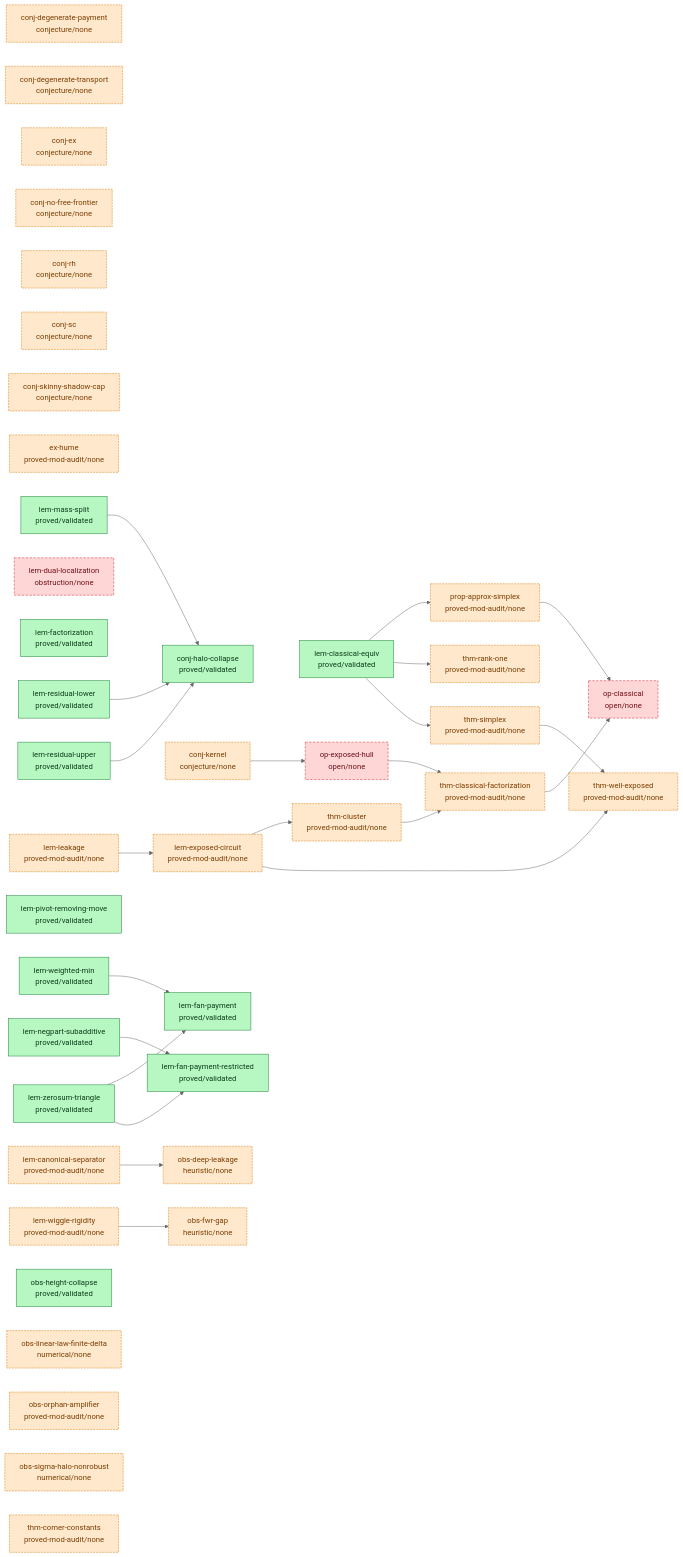
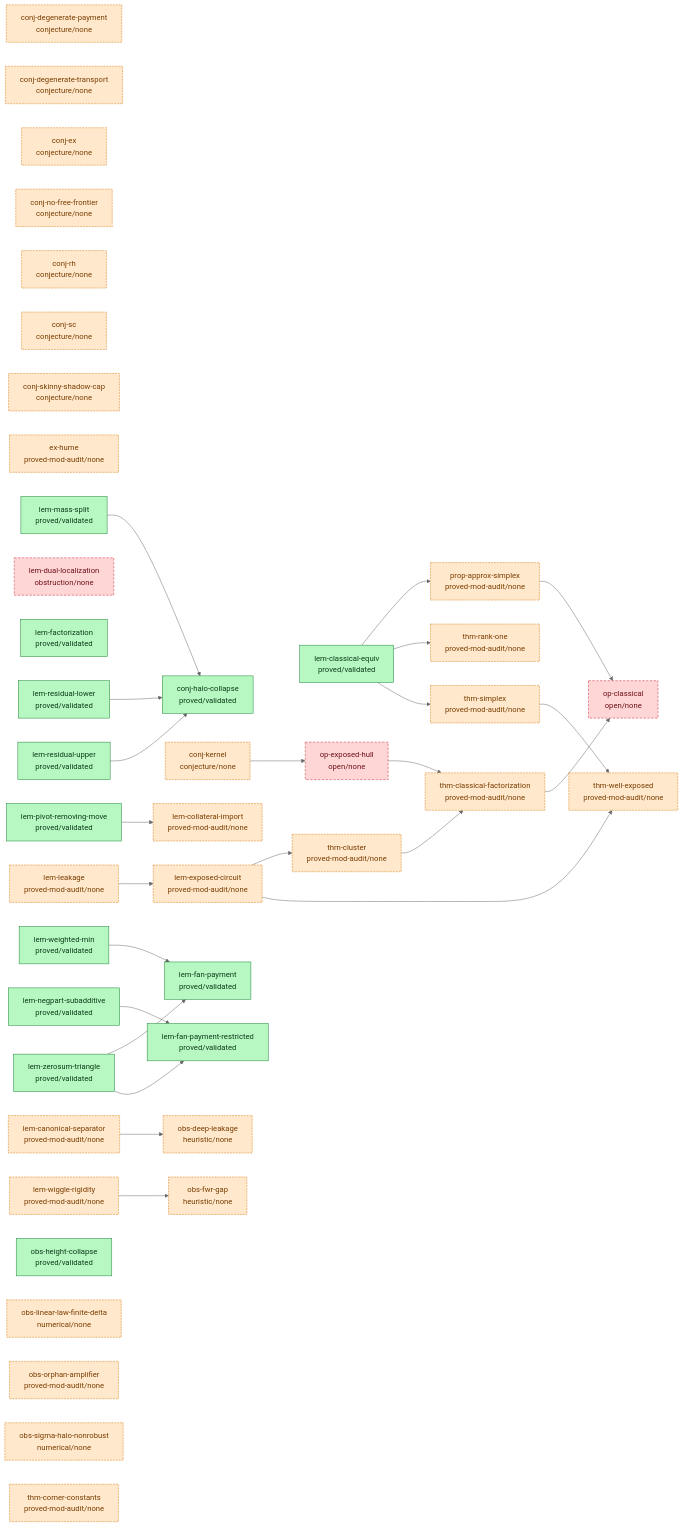
One commit to tobiasosborne/almost-idempotent-stochastic-maps changed the diagram in argument/DAG.md. Above: the diagram before and after it, drawn with Mermaid (neutral theme). The commit also changed other lines of this file and 5 other files, not shown here.

````diff
--- a/argument/DAG.md
+++ b/argument/DAG.md
@@ -6,75 +6,77 @@
 ```mermaid
 graph LR
   classDef validated fill:#b7f7c2,stroke:#1a7f37,color:#0b3d18;
   classDef proved fill:#cfe3ff,stroke:#0969da,color:#0a3069;
   classDef seeded fill:#fff3c4,stroke:#bf8700,color:#5a4500;
   classDef stated fill:#eaecef,stroke:#8b949e,color:#24292f;
   classDef cited fill:#e7d6ff,stroke:#8250df,color:#3b1a73;
   classDef nonrigorous fill:#ffe8cc,stroke:#d97706,color:#7a3d00,stroke-dasharray:4 2;
   classDef open fill:#ffd6d6,stroke:#cf222e,color:#6e1119,stroke-dasharray:5 3;
   conj-degenerate-payment["conj-degenerate-payment<br/>conjecture/none"]
   conj-degenerate-transport["conj-degenerate-transport<br/>conjecture/none"]
   conj-ex["conj-ex<br/>conjecture/none"]
   conj-halo-collapse["conj-halo-collapse<br/>proved/validated"]
   conj-kernel["conj-kernel<br/>conjecture/none"]
   conj-no-free-frontier["conj-no-free-frontier<br/>conjecture/none"]
   conj-rh["conj-rh<br/>conjecture/none"]
   conj-sc["conj-sc<br/>conjecture/none"]
   conj-skinny-shadow-cap["conj-skinny-shadow-cap<br/>conjecture/none"]
   ex-hume["ex-hume<br/>proved-mod-audit/none"]
   lem-canonical-separator["lem-canonical-separator<br/>proved-mod-audit/none"]
   lem-classical-equiv["lem-classical-equiv<br/>proved/validated"]
+  lem-collateral-import["lem-collateral-import<br/>proved-mod-audit/none"]
   lem-dual-localization["lem-dual-localization<br/>obstruction/none"]
   lem-exposed-circuit["lem-exposed-circuit<br/>proved-mod-audit/none"]
   lem-factorization["lem-factorization<br/>proved/validated"]
   lem-fan-payment["lem-fan-payment<br/>proved/validated"]
   lem-fan-payment-restricted["lem-fan-payment-restricted<br/>proved/validated"]
   lem-leakage["lem-leakage<br/>proved-mod-audit/none"]
   lem-mass-split["lem-mass-split<br/>proved/validated"]
   lem-negpart-subadditive["lem-negpart-subadditive<br/>proved/validated"]
   lem-pivot-removing-move["lem-pivot-removing-move<br/>proved/validated"]
   lem-residual-lower["lem-residual-lower<br/>proved/validated"]
   lem-residual-upper["lem-residual-upper<br/>proved/validated"]
   lem-weighted-min["lem-weighted-min<br/>proved/validated"]
   lem-wiggle-rigidity["lem-wiggle-rigidity<br/>proved-mod-audit/none"]
   lem-zerosum-triangle["lem-zerosum-triangle<br/>proved/validated"]
   obs-deep-leakage["obs-deep-leakage<br/>heuristic/none"]
   obs-fwr-gap["obs-fwr-gap<br/>heuristic/none"]
   obs-height-collapse["obs-height-collapse<br/>proved/validated"]
   obs-linear-law-finite-delta["obs-linear-law-finite-delta<br/>numerical/none"]
   obs-orphan-amplifier["obs-orphan-amplifier<br/>proved-mod-audit/none"]
   obs-sigma-halo-nonrobust["obs-sigma-halo-nonrobust<br/>numerical/none"]
   op-classical["op-classical<br/>open/none"]
   op-exposed-hull["op-exposed-hull<br/>open/none"]
   prop-approx-simplex["prop-approx-simplex<br/>proved-mod-audit/none"]
   thm-classical-factorization["thm-classical-factorization<br/>proved-mod-audit/none"]
   thm-cluster["thm-cluster<br/>proved-mod-audit/none"]
   thm-corner-constants["thm-corner-constants<br/>proved-mod-audit/none"]
   thm-rank-one["thm-rank-one<br/>proved-mod-audit/none"]
   thm-simplex["thm-simplex<br/>proved-mod-audit/none"]
   thm-well-exposed["thm-well-exposed<br/>proved-mod-audit/none"]
   conj-kernel --> op-exposed-hull
   lem-canonical-separator --> obs-deep-leakage
   lem-classical-equiv --> prop-approx-simplex
   lem-classical-equiv --> thm-rank-one
   lem-classical-equiv --> thm-simplex
   lem-exposed-circuit --> thm-cluster
   lem-exposed-circuit --> thm-well-exposed
   lem-leakage --> lem-exposed-circuit
   lem-mass-split --> conj-halo-collapse
   lem-negpart-subadditive --> lem-fan-payment-restricted
+  lem-pivot-removing-move --> lem-collateral-import
   lem-residual-lower --> conj-halo-collapse
   lem-residual-upper --> conj-halo-collapse
   lem-weighted-min --> lem-fan-payment
   lem-wiggle-rigidity --> obs-fwr-gap
   lem-zerosum-triangle --> lem-fan-payment
   lem-zerosum-triangle --> lem-fan-payment-restricted
   op-exposed-hull --> thm-classical-factorization
   prop-approx-simplex --> op-classical
   thm-classical-factorization --> op-classical
   thm-cluster --> thm-classical-factorization
   thm-simplex --> thm-well-exposed
   class conj-halo-collapse,lem-classical-equiv,lem-factorization,lem-fan-payment,lem-fan-payment-restricted,lem-mass-split,lem-negpart-subadditive,lem-pivot-removing-move,lem-residual-lower,lem-residual-upper,lem-weighted-min,lem-zerosum-triangle,obs-height-collapse validated;
-  class conj-degenerate-payment,conj-degenerate-transport,conj-ex,conj-kernel,conj-no-free-frontier,conj-rh,conj-sc,conj-skinny-shadow-cap,ex-hume,lem-canonical-separator,lem-exposed-circuit,lem-leakage,lem-wiggle-rigidity,obs-deep-leakage,obs-fwr-gap,obs-linear-law-finite-delta,obs-orphan-amplifier,obs-sigma-halo-nonrobust,prop-approx-simplex,thm-classical-factorization,thm-cluster,thm-corner-constants,thm-rank-one,thm-simplex,thm-well-exposed nonrigorous;
+  class conj-degenerate-payment,conj-degenerate-transport,conj-ex,conj-kernel,conj-no-free-frontier,conj-rh,conj-sc,conj-skinny-shadow-cap,ex-hume,lem-canonical-separator,lem-collateral-import,lem-exposed-circuit,lem-leakage,lem-wiggle-rigidity,obs-deep-leakage,obs-fwr-gap,obs-linear-law-finite-delta,obs-orphan-amplifier,obs-sigma-halo-nonrobust,prop-approx-simplex,thm-classical-factorization,thm-cluster,thm-corner-constants,thm-rank-one,thm-simplex,thm-well-exposed nonrigorous;
   class lem-dual-localization,op-classical,op-exposed-hull open;
 ```
````
